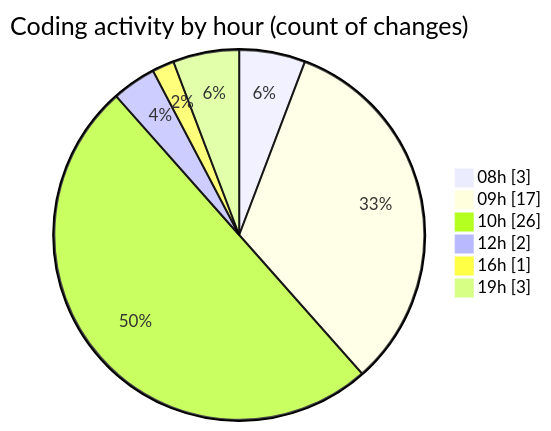
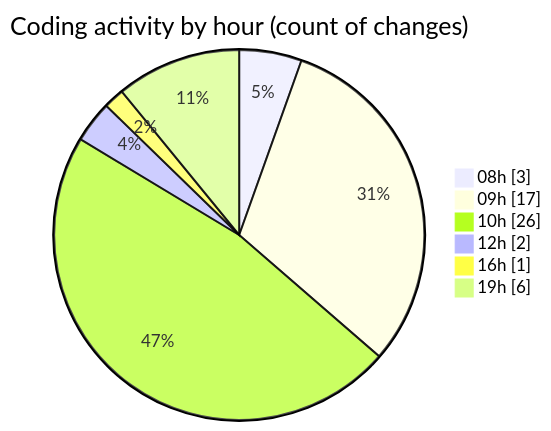
One commit to julien-gomy/code-tracking changed the second of 2 diagrams in 2025-10-22/eventscop-api-guide__workspace_/README.md. Above: the diagram before and after it, drawn with Mermaid. The commit also changed other lines of this file and 1 other file, not shown here.

````diff
--- a/2025-10-22/eventscop-api-guide__workspace_/README.md
+++ b/2025-10-22/eventscop-api-guide__workspace_/README.md
@@ -42,10 +42,10 @@
 ```mermaid
 pie showData
 title Coding activity by hour (count of changes)
 "08h" : 3
 "09h" : 17
 "10h" : 26
 "12h" : 2
 "16h" : 1
-"19h" : 3
+"19h" : 6
 ```
````
